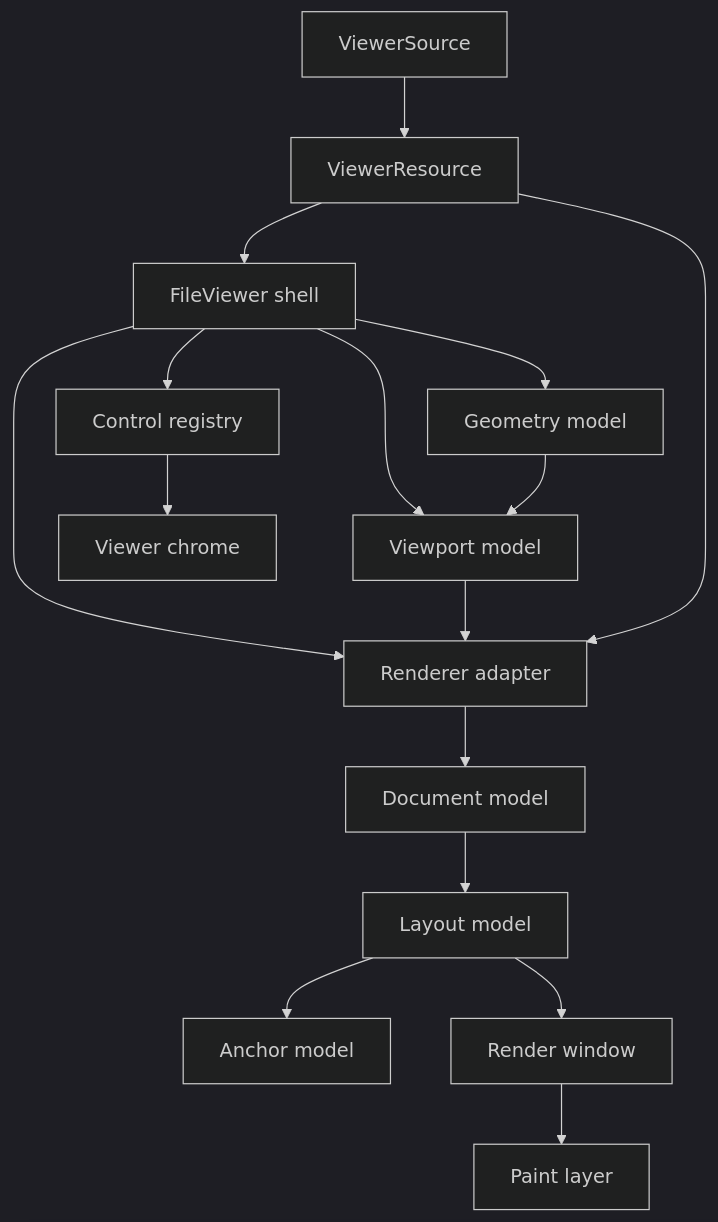
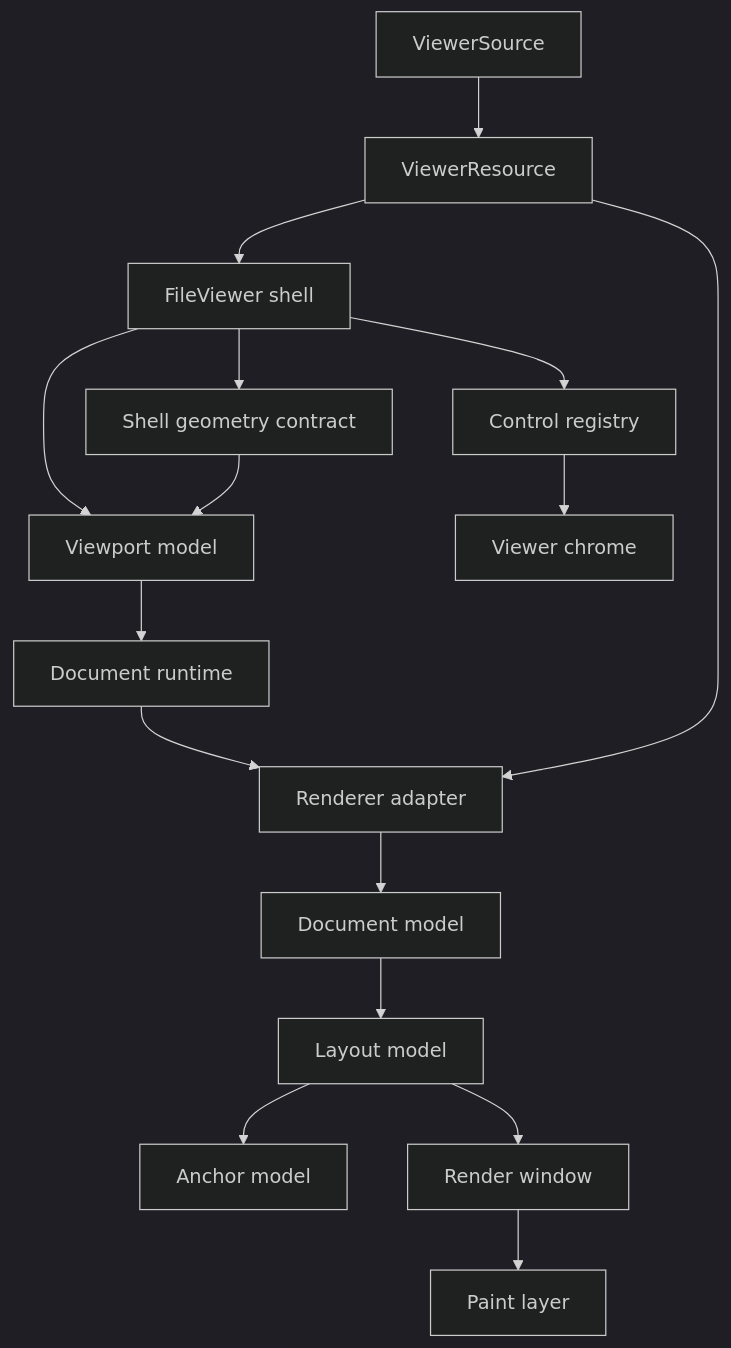
The second of 27 diagrams in design/universal-file-viewer-greenfield-blueprint.md (retab-dev/retab-ui), drawn with Mermaid (dark theme) before and after one commit. The commit also changed other lines of this file and 209 other files, not shown here.

````diff
--- a/design/universal-file-viewer-greenfield-blueprint.md
+++ b/design/universal-file-viewer-greenfield-blueprint.md
@@ -74,20 +74,20 @@
 ```mermaid
 flowchart TD
   Source["ViewerSource"] --> Resource["ViewerResource"]
   Resource --> Shell["FileViewer shell"]
-  Shell --> Geometry["Geometry model"]
+  Shell --> Geometry["Shell geometry contract"]
   Shell --> Viewport["Viewport model"]
   Shell --> Controls["Control registry"]
-  Shell --> Renderer["Renderer adapter"]
+  Viewport --> Runtime["Document runtime"]
+  Runtime --> Renderer["Renderer adapter"]
 
   Geometry --> Viewport
-  Viewport --> Renderer
   Resource --> Renderer
 
   Renderer --> Document["Document model"]
   Document --> Layout["Layout model"]
   Layout --> Anchor["Anchor model"]
   Layout --> Window["Render window"]
   Window --> Paint["Paint layer"]
   Controls --> Chrome["Viewer chrome"]
 ```
````
